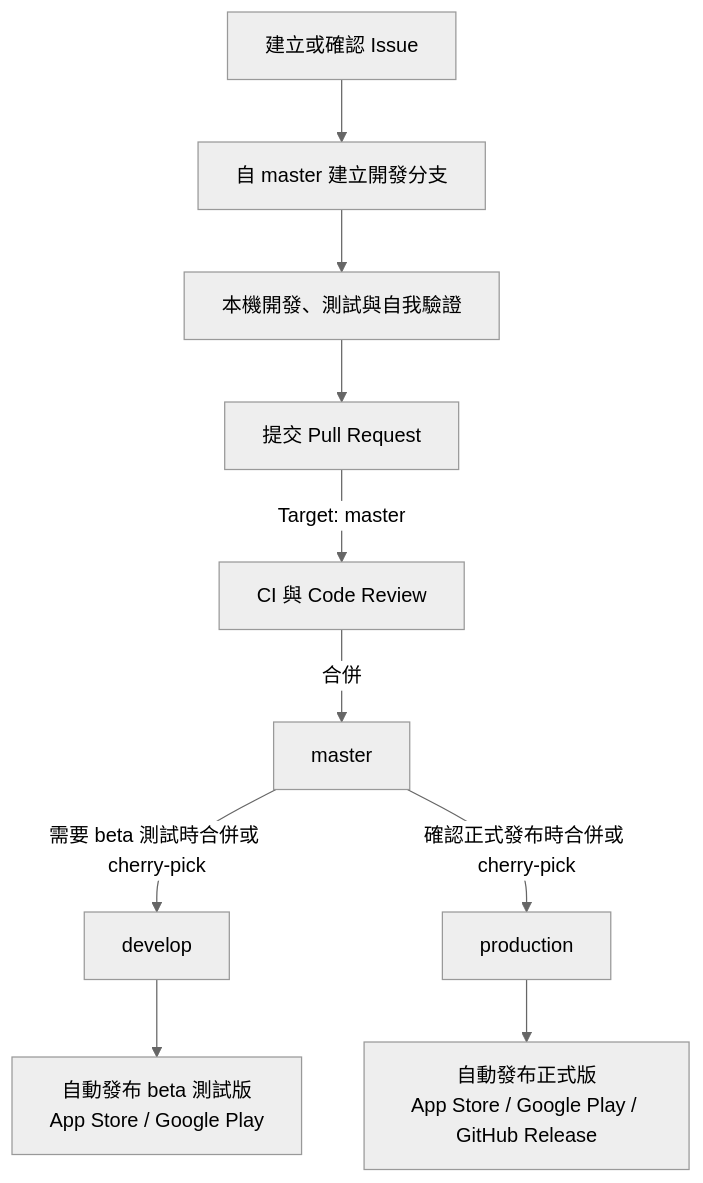
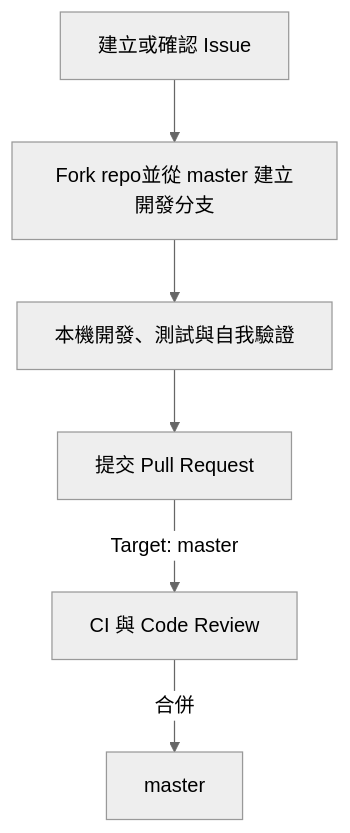
Before and after one commit to nsysu-code-club/NSYSU-AP: the diagram in CONTRIBUTING.md, drawn with Mermaid (neutral theme). The commit also changed other lines of this file, not shown here.

````diff
--- a/CONTRIBUTING.md
+++ b/CONTRIBUTING.md
@@ -41,12 +43,8 @@
 ```mermaid
 flowchart TD
-    A[建立或確認 Issue] --> B[自 master 建立開發分支]
+    A[建立或確認 Issue] --> B[Fork repo並從 master 建立開發分支]
     B --> C[本機開發、測試與自我驗證]
     C --> D[提交 Pull Request]
     D -->|Target: master| E[CI 與 Code Review]
     E -->|合併| F[master]
-    F -->|需要 beta 測試時合併或 cherry-pick| G[develop]
-    G --> H[自動發布 beta 測試版\nApp Store / Google Play]
-    F -->|確認正式發布時合併或 cherry-pick| I[production]
-    I --> J[自動發布正式版\nApp Store / Google Play / GitHub Release]
 ```
````
